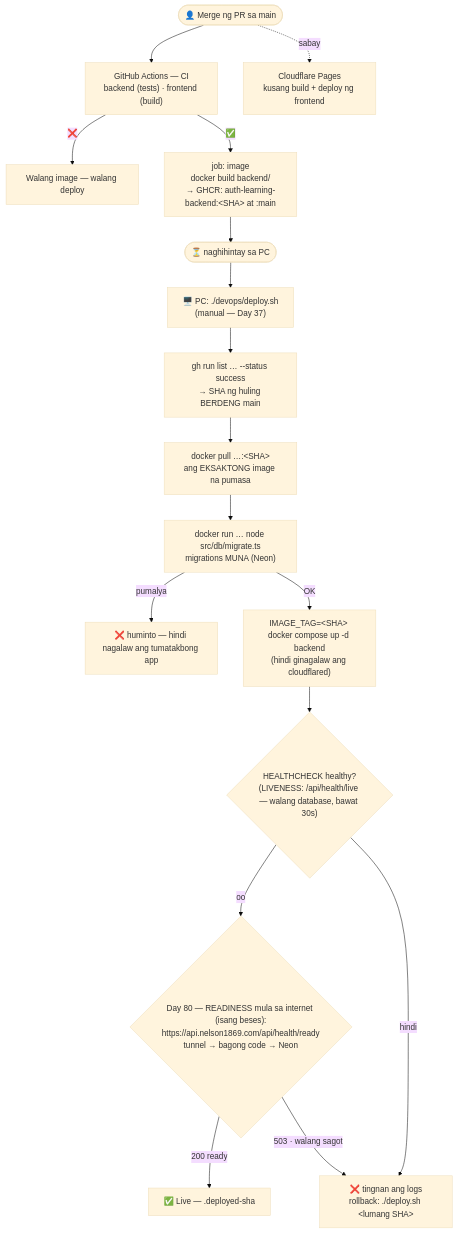
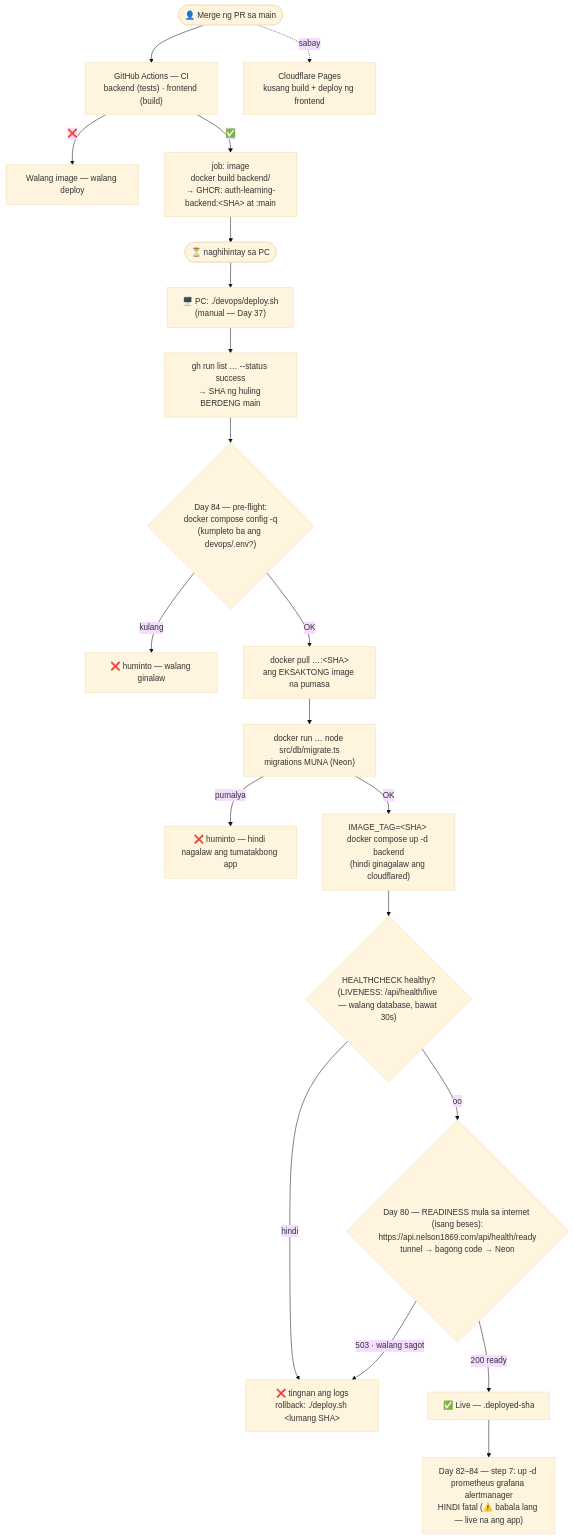
One commit to nelson1869-ai/auth-learning changed the diagram in docs/diagrams/09-cd-pipeline.md. Above: the diagram before and after it, drawn with Mermaid (base theme). The commit also changed other lines of this file and 2 other files, not shown here.

Commit message:
docs: sync diagrams 00 and 09 and backend README with Day 82-84
A review of all .md/.http/.html after Day 84 found three stale spots:
diagram 09 (CD) lacked the deploy pre-flight and the non-fatal
monitoring step 7, diagram 00 (production architecture) had no
monitoring inside the PC, and backend/README still said .http 01-27.
All 49 diagrams render and all 29 .http files pass the review script.

````diff
--- a/docs/diagrams/09-cd-pipeline.md
+++ b/docs/diagrams/09-cd-pipeline.md
@@ -8,19 +8,22 @@
 ```mermaid
 flowchart TD
     Merge(["👤 Merge ng PR sa main"]) --> CI["GitHub Actions — CI<br/>backend (tests) · frontend (build)"]
     CI -->|"❌"| Stop["Walang image — walang deploy"]
     CI -->|"✅"| Img["job: image<br/>docker build backend/<br/>→ GHCR: auth-learning-backend:&lt;SHA&gt; at :main"]
     Merge -.->|"sabay"| Pages["Cloudflare Pages<br/>kusang build + deploy ng frontend"]
     Img --> Wait(["⏳ naghihintay sa PC"])
     Wait --> Deploy["🖥️ PC: ./devops/deploy.sh<br/>(manual — Day 37)"]
     Deploy --> Pick["gh run list … --status success<br/>→ SHA ng huling BERDENG main"]
-    Pick --> Pull["docker pull …:&lt;SHA&gt;<br/>ang EKSAKTONG image na pumasa"]
+    Pick --> Pre{"Day 84 — pre-flight:<br/>docker compose config -q<br/>(kumpleto ba ang devops/.env?)"}
+    Pre -->|"kulang"| Abort0["❌ huminto — walang ginalaw"]
+    Pre -->|"OK"| Pull["docker pull …:&lt;SHA&gt;<br/>ang EKSAKTONG image na pumasa"]
     Pull --> Mig["docker run … node src/db/migrate.ts<br/>migrations MUNA (Neon)"]
     Mig -->|"pumalya"| Abort["❌ huminto — hindi nagalaw ang tumatakbong app"]
     Mig -->|"OK"| Up["IMAGE_TAG=&lt;SHA&gt; docker compose up -d backend<br/>(hindi ginagalaw ang cloudflared)"]
     Up --> Health{"HEALTHCHECK healthy?<br/>(LIVENESS: /api/health/live — walang database, bawat 30s)"}
     Health -->|"oo"| Ready{"Day 80 — READINESS mula sa internet (isang beses):<br/>https://api.nelson1869.com/api/health/ready<br/>tunnel → bagong code → Neon"}
     Health -->|"hindi"| Fail["❌ tingnan ang logs<br/>rollback: ./deploy.sh &lt;lumang SHA&gt;"]
     Ready -->|"200 ready"| Live["✅ Live — .deployed-sha"]
+    Live --> Mon["Day 82–84 — step 7: up -d prometheus grafana alertmanager<br/>HINDI fatal (⚠️ babala lang — live na ang app)"]
     Ready -->|"503 · walang sagot"| Fail
 ```
````
